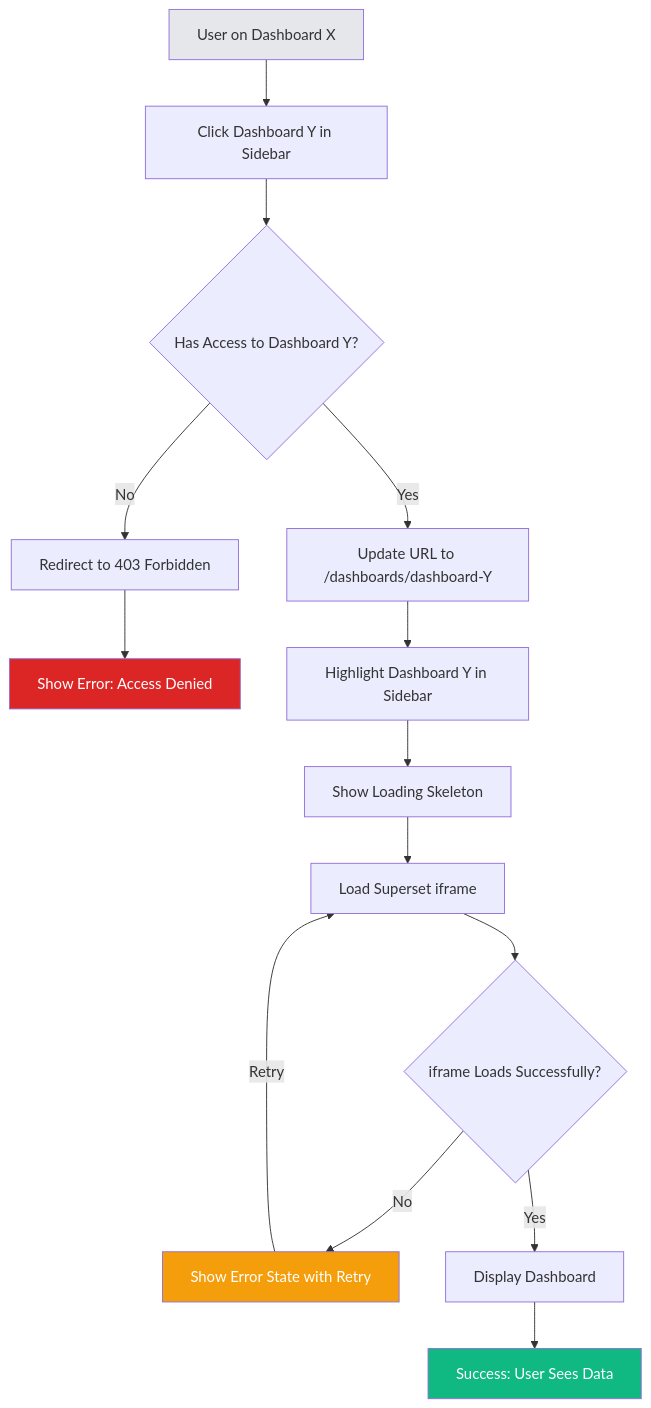
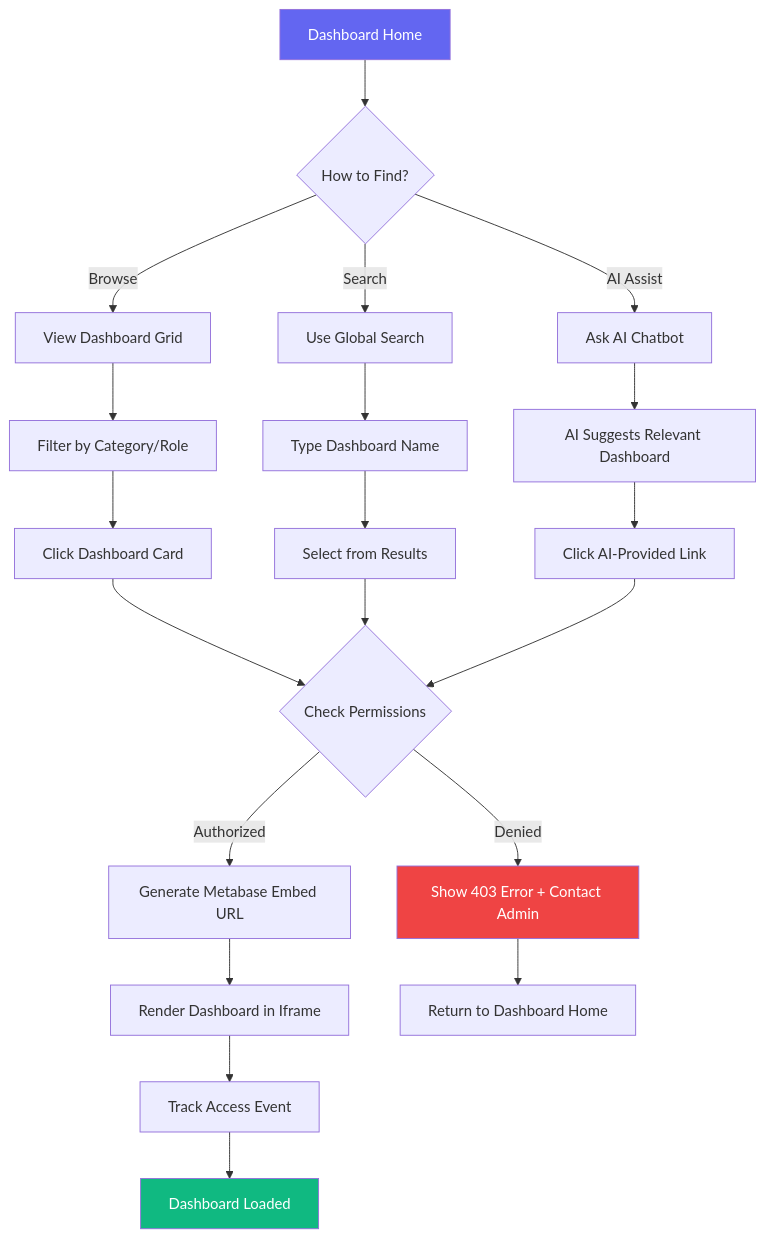
Before and after one commit to CoralShades/XeroPulse-V2: the third of 5 diagrams in docs/front-end-spec.md, drawn with Mermaid. The commit also changed other lines of this file and 73 other files, not shown here.

````diff
--- a/docs/front-end-spec.md
+++ b/docs/front-end-spec.md
@@ -232,21 +177,33 @@
 ```mermaid
 graph TD
-    A[User on Dashboard X] --> B[Click Dashboard Y in Sidebar]
-    B --> C{Has Access to Dashboard Y?}
-    C -->|No| D[Redirect to 403 Forbidden]
-    D --> E[Show Error: Access Denied]
-    C -->|Yes| F[Update URL to /dashboards/dashboard-Y]
-    F --> G[Highlight Dashboard Y in Sidebar]
-    G --> H[Show Loading Skeleton]
-    H --> I[Load Superset iframe]
-    I --> J{iframe Loads Successfully?}
-    J -->|No| K[Show Error State with Retry]
-    K -->|Retry| I
-    J -->|Yes| L[Display Dashboard]
-    L --> M[Success: User Sees Data]
+    A[Dashboard Home] --> B{How to Find?}
+    B -->|Browse| C[View Dashboard Grid]
+    B -->|Search| D[Use Global Search]
+    B -->|AI Assist| E[Ask AI Chatbot]
 
-    style A fill:#E5E7EB
-    style M fill:#10B981,color:#fff
-    style E fill:#DC2626,color:#fff
-    style K fill:#F59E0B,color:#fff
+    C --> F[Filter by Category/Role]
+    F --> G[Click Dashboard Card]
+
+    D --> H[Type Dashboard Name]
+    H --> I[Select from Results]
+
+    E --> J[AI Suggests Relevant Dashboard]
+    J --> K[Click AI-Provided Link]
+
+    G --> L{Check Permissions}
+    I --> L
+    K --> L
+
+    L -->|Authorized| M[Generate Metabase Embed URL]
+    L -->|Denied| N[Show 403 Error + Contact Admin]
+
+    M --> O[Render Dashboard in Iframe]
+    O --> P[Track Access Event]
+    P --> Q[Dashboard Loaded]
+
+    N --> R[Return to Dashboard Home]
+
+    style A fill:#6366F1,color:#fff
+    style Q fill:#10B981,color:#fff
+    style N fill:#EF4444,color:#fff
 ```
````
